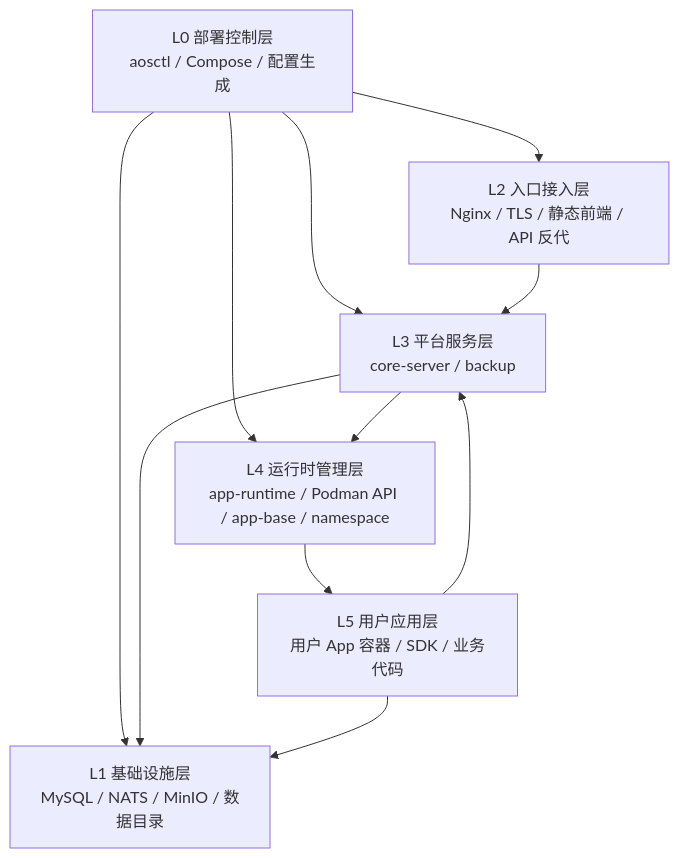
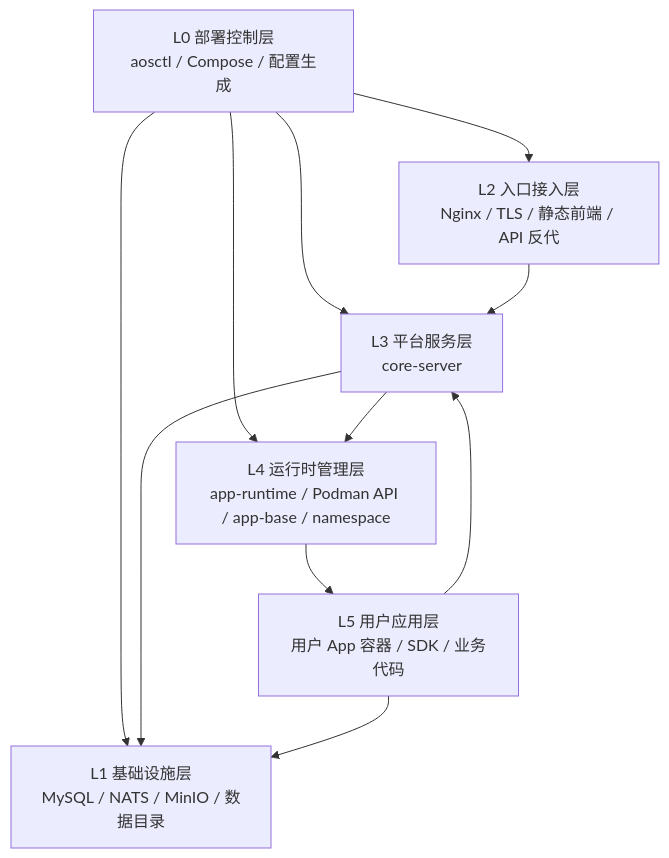
Before and after one commit to kageos/kageos: the diagram in docs/deployment-layers.md, drawn with Mermaid. The commit also changed other lines of this file and 344 other files, not shown here.

````diff
--- a/docs/deployment-layers.md
+++ b/docs/deployment-layers.md
@@ -15,20 +15,20 @@
 ```mermaid
 flowchart TD
   L0["L0 部署控制层<br/>aosctl / Compose / 配置生成"]
   L1["L1 基础设施层<br/>MySQL / NATS / MinIO / 数据目录"]
   L2["L2 入口接入层<br/>Nginx / TLS / 静态前端 / API 反代"]
-  L3["L3 平台服务层<br/>core-server / backup"]
+  L3["L3 平台服务层<br/>core-server"]
   L4["L4 运行时管理层<br/>app-runtime / Podman API / app-base / namespace"]
   L5["L5 用户应用层<br/>用户 App 容器 / SDK / 业务代码"]
 
   L0 --> L1
   L0 --> L2
   L0 --> L3
   L0 --> L4
   L2 --> L3
   L3 --> L1
   L3 --> L4
   L4 --> L5
   L5 --> L1
   L5 --> L3
 ```
````
